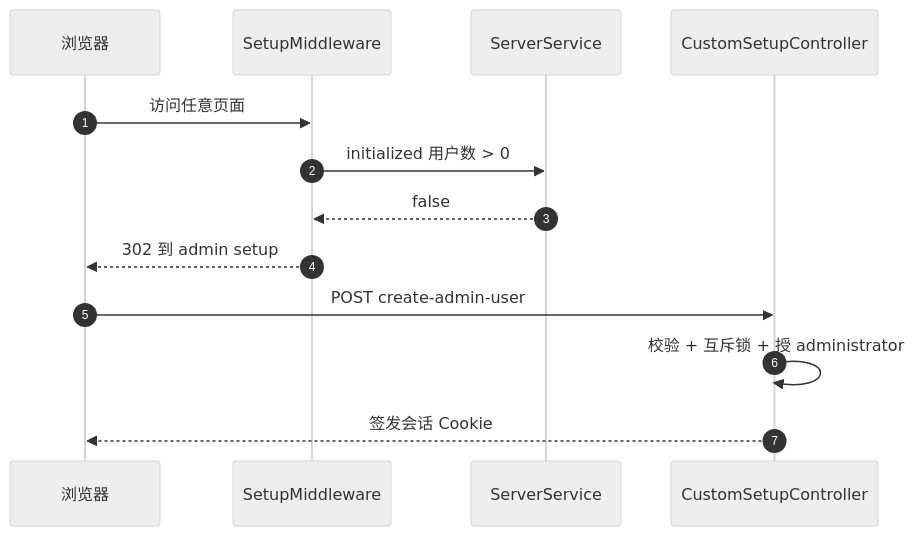
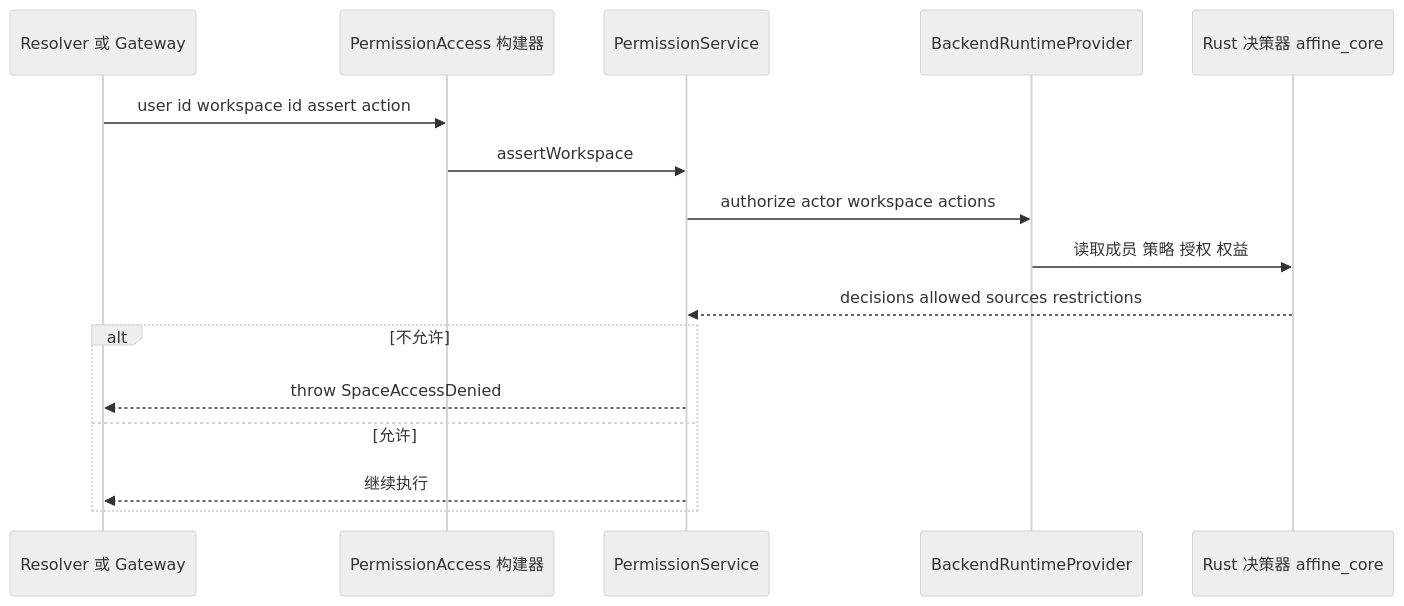
One commit to lfire/AFFiNE changed the fifth of 5 diagrams in learning-guide/slides/decks/27.md. Above: the diagram before and after it, drawn with Mermaid (neutral theme). The commit also changed other lines of this file and 73 other files, not shown here.

````diff
--- a/learning-guide/slides/decks/27.md
+++ b/learning-guide/slides/decks/27.md
@@ -393,15 +388,18 @@
 ```mermaid
 sequenceDiagram
-  autonumber
-  participant B as 浏览器
-  participant MW as SetupMiddleware
-  participant SS as ServerService
-  participant C as CustomSetupController
-  B->>MW: 访问任意页面
-  MW->>SS: initialized 用户数 > 0
-  SS-->>MW: false
-  MW-->>B: 302 到 admin setup
-  B->>C: POST create-admin-user
-  C->>C: 校验 + 互斥锁 + 授 administrator
-  C-->>B: 签发会话 Cookie
+  participant Res as Resolver 或 Gateway
+  participant B as PermissionAccess 构建器
+  participant PS as PermissionService
+  participant RT as BackendRuntimeProvider
+  participant Rust as Rust 决策器 affine_core
+  Res->>B: user id workspace id assert action
+  B->>PS: assertWorkspace
+  PS->>RT: authorize actor workspace actions
+  RT->>Rust: 读取成员 策略 授权 权益
+  Rust-->>PS: decisions allowed sources restrictions
+  alt 不允许
+    PS-->>Res: throw SpaceAccessDenied
+  else 允许
+    PS-->>Res: 继续执行
+  end
 ```
````
